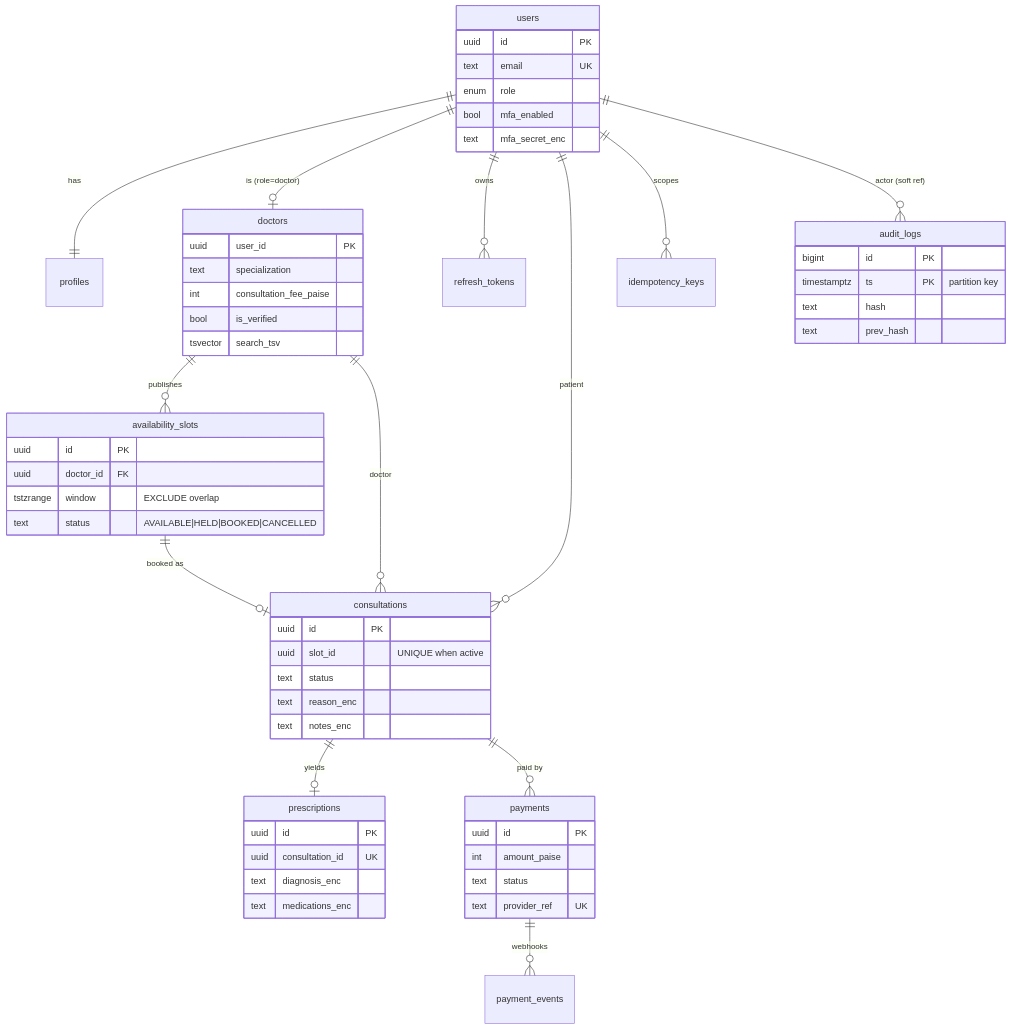
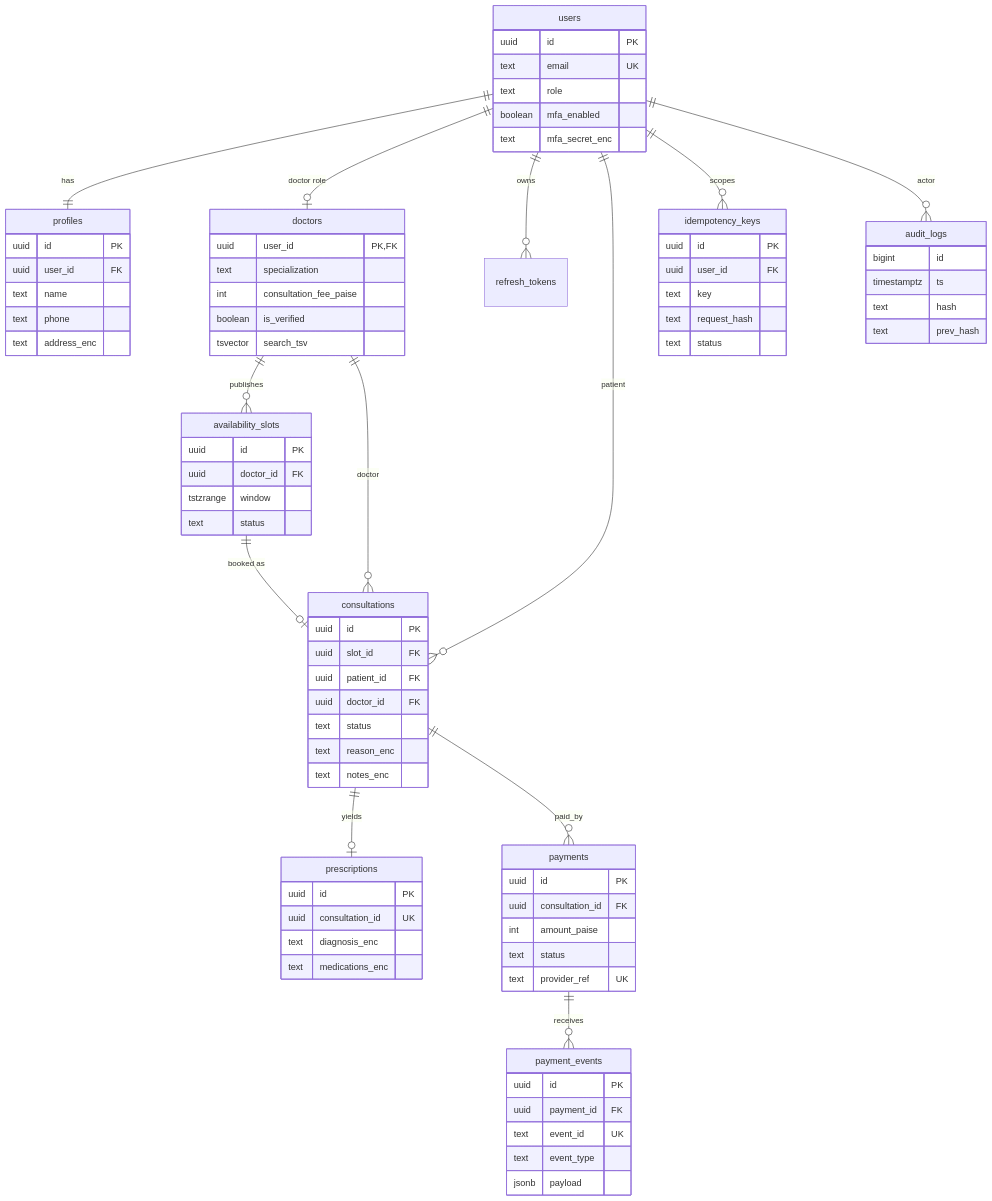
One commit to Lithish779/Amrutham changed the third of 4 diagrams in docs/ARCHITECTURE.md. Above: the diagram before and after it, drawn with Mermaid. The commit also changed other lines of this file and 2 other files, not shown here.

Commit message:
docs: embed architecture infographic into docs/ARCHITECTURE.md

````diff
--- a/docs/ARCHITECTURE.md
+++ b/docs/ARCHITECTURE.md
@@ -64,46 +144,85 @@
 ```mermaid
 erDiagram
-  users ||--|| profiles : has
-  users ||--o| doctors : "is (role=doctor)"
-  users ||--o{ refresh_tokens : owns
-  doctors ||--o{ availability_slots : publishes
-  availability_slots ||--o| consultations : "booked as"
-  users ||--o{ consultations : "patient"
-  doctors ||--o{ consultations : "doctor"
-  consultations ||--o| prescriptions : yields
-  consultations ||--o{ payments : "paid by"
-  payments ||--o{ payment_events : "webhooks"
-  users ||--o{ idempotency_keys : scopes
-  users ||--o{ audit_logs : "actor (soft ref)"
-  users { uuid id PK
-    text email UK
-    enum role
-    bool mfa_enabled
-    text mfa_secret_enc }
-  doctors { uuid user_id PK
-    text specialization
-    int consultation_fee_paise
-    bool is_verified
-    tsvector search_tsv }
-  availability_slots { uuid id PK
-    uuid doctor_id FK
-    tstzrange window "EXCLUDE overlap"
-    text status "AVAILABLE|HELD|BOOKED|CANCELLED" }
-  consultations { uuid id PK
-    uuid slot_id "UNIQUE when active"
-    text status
-    text reason_enc
-    text notes_enc }
-  prescriptions { uuid id PK
-    uuid consultation_id UK
-    text diagnosis_enc
-    text medications_enc }
-  payments { uuid id PK
-    int amount_paise
-    text status
-    text provider_ref UK }
-  audit_logs { bigint id PK
-    timestamptz ts PK "partition key"
-    text hash
-    text prev_hash }
+    users ||--|| profiles : has
+    users ||--o| doctors : "doctor role"
+    users ||--o{ refresh_tokens : owns
+    doctors ||--o{ availability_slots : publishes
+    availability_slots ||--o| consultations : "booked as"
+    users ||--o{ consultations : patient
+    doctors ||--o{ consultations : doctor
+    consultations ||--o| prescriptions : yields
+    consultations ||--o{ payments : paid_by
+    payments ||--o{ payment_events : receives
+    users ||--o{ idempotency_keys : scopes
+    users ||--o{ audit_logs : actor
+
+    users {
+      uuid id PK
+      text email UK
+      text role
+      boolean mfa_enabled
+      text mfa_secret_enc
+    }
+    profiles {
+      uuid id PK
+      uuid user_id FK
+      text name
+      text phone
+      text address_enc
+    }
+    doctors {
+      uuid user_id PK,FK
+      text specialization
+      int consultation_fee_paise
+      boolean is_verified
+      tsvector search_tsv
+    }
+    availability_slots {
+      uuid id PK
+      uuid doctor_id FK
+      tstzrange window
+      text status
+    }
+    consultations {
+      uuid id PK
+      uuid slot_id FK
+      uuid patient_id FK
+      uuid doctor_id FK
+      text status
+      text reason_enc
+      text notes_enc
+    }
+    prescriptions {
+      uuid id PK
+      uuid consultation_id UK
+      text diagnosis_enc
+      text medications_enc
+    }
+    payments {
+      uuid id PK
+      uuid consultation_id FK
+      int amount_paise
+      text status
+      text provider_ref UK
+    }
+    payment_events {
+      uuid id PK
+      uuid payment_id FK
+      text event_id UK
+      text event_type
+      jsonb payload
+    }
+    idempotency_keys {
+      uuid id PK
+      uuid user_id FK
+      text key
+      text request_hash
+      text status
+    }
+    audit_logs {
+      bigint id
+      timestamptz ts
+      text hash
+      text prev_hash
+    }
 ```
````
